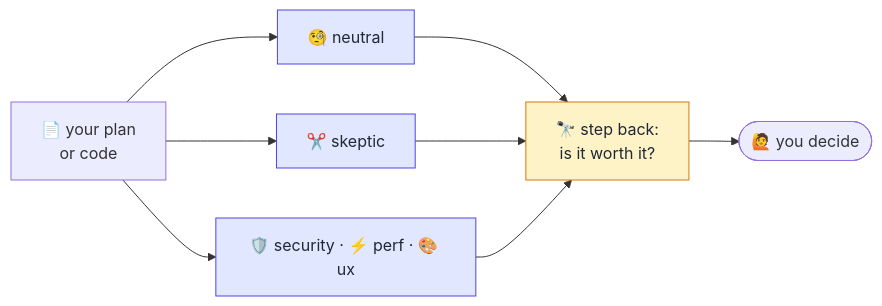
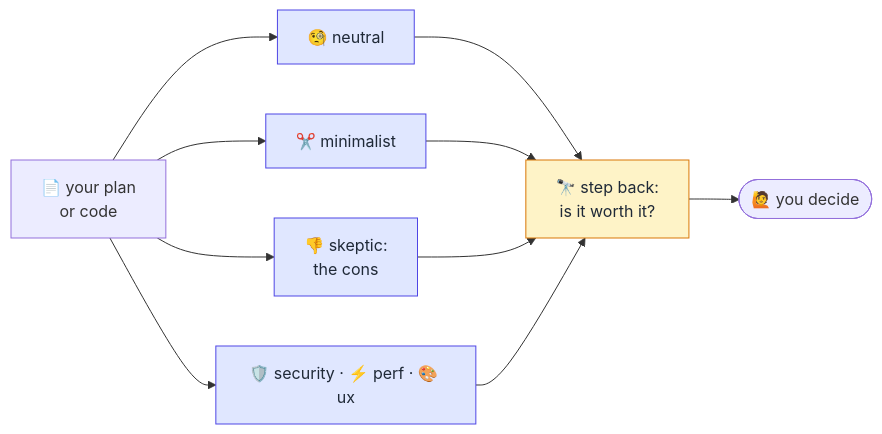
Before and after one commit to d3mnjx/devs: the second of 2 diagrams in README.md, drawn with Mermaid. The commit also changed other lines of this file and 10 other files, not shown here.

````diff
--- a/README.md
+++ b/README.md
@@ -48,10 +48,10 @@
 ```mermaid
 flowchart LR
-    work["📄 your plan<br/>or code"] --> neutral["🧐 neutral"] & skeptic["✂️ skeptic"] & lenses["🛡️ security · ⚡ perf · 🎨 ux"]
-    neutral & skeptic & lenses --> stepback["🔭 step back:<br/>is it worth it?"] --> you(["🙋 you decide"])
+    work["📄 your plan<br/>or code"] --> neutral["🧐 neutral"] & minimalist["✂️ minimalist"] & skeptic["👎 skeptic:<br/>the cons"] & lenses["🛡️ security · ⚡ perf · 🎨 ux"]
+    neutral & minimalist & skeptic & lenses --> stepback["🔭 step back:<br/>is it worth it?"] --> you(["🙋 you decide"])
 
     classDef review fill:#e0e7ff,stroke:#4f46e5,color:#1f2937
     classDef think fill:#fef3c7,stroke:#d97706,color:#1f2937
-    class neutral,skeptic,lenses review
+    class neutral,minimalist,skeptic,lenses review
     class stepback think
 ```
````
